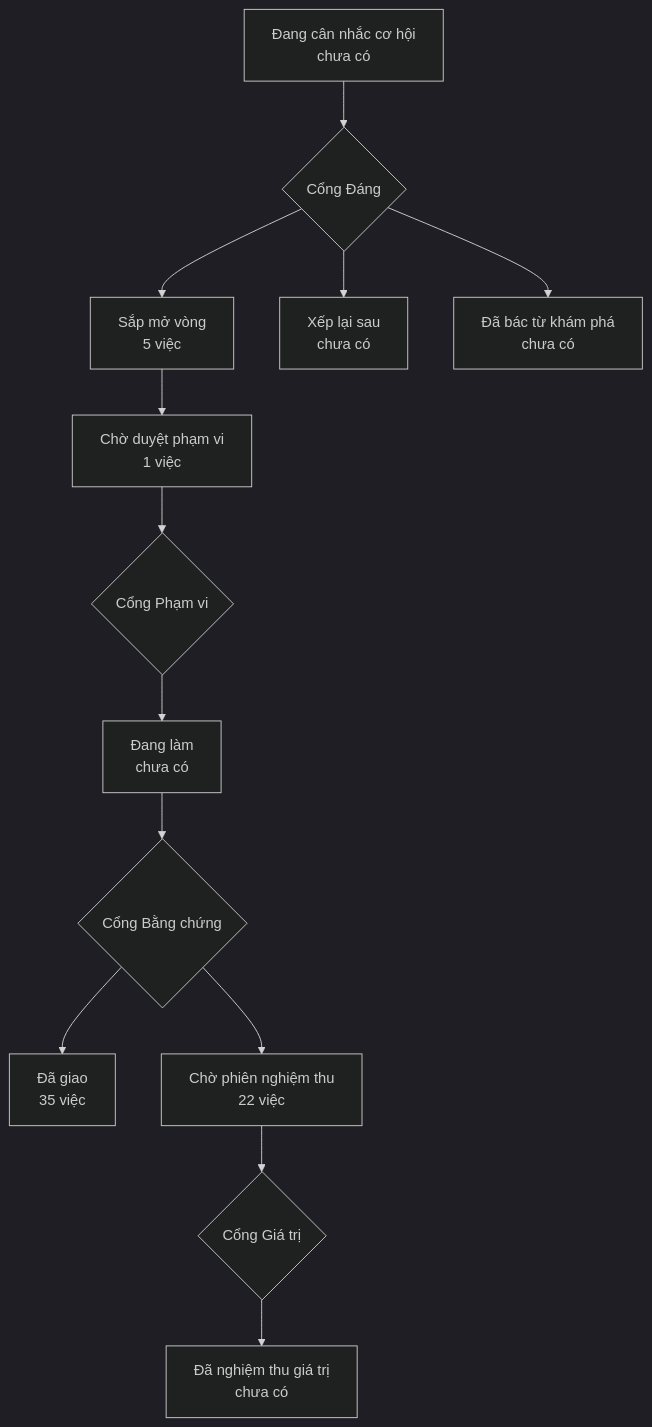
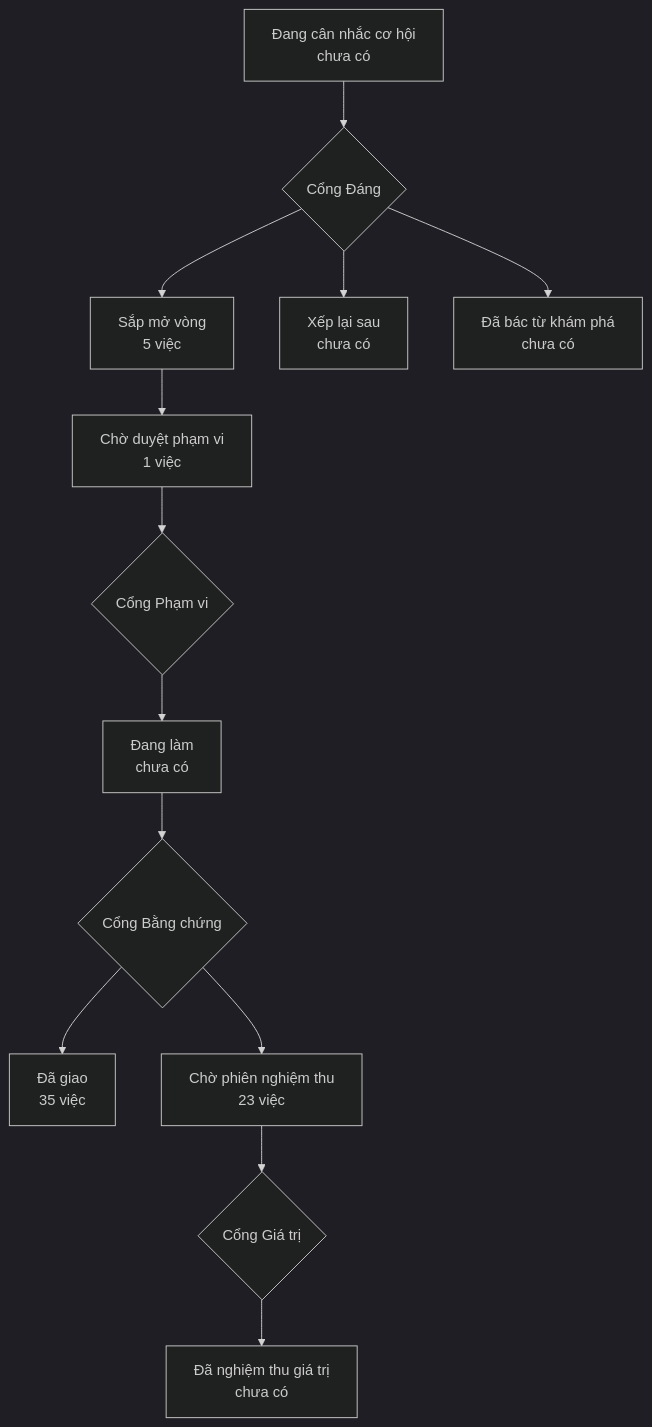
Before and after one commit to phanlemanh/onehub-invest: the diagram in PRODUCT-MAP.md, drawn with Mermaid (dark theme). The commit also changed other lines of this file and 1 other file, not shown here.

Commit message:
chore(lo-trinh): vẽ lại bản đồ sau gộp main (ON10)

````diff
--- a/PRODUCT-MAP.md
+++ b/PRODUCT-MAP.md
@@ -7,12 +7,12 @@
 ```mermaid
 flowchart TD
   A["Đang cân nhắc cơ hội<br/>chưa có"] --> GD{"Cổng Đáng"}
   GD --> B["Sắp mở vòng<br/>5 việc"]
   GD --> XL["Xếp lại sau<br/>chưa có"]
   GD --> DB["Đã bác từ khám phá<br/>chưa có"]
   B --> CD["Chờ duyệt phạm vi<br/>1 việc"] --> GP{"Cổng Phạm vi"}
   GP --> DL["Đang làm<br/>chưa có"] --> GB{"Cổng Bằng chứng"}
   GB --> DG["Đã giao<br/>35 việc"]
-  GB --> CN["Chờ phiên nghiệm thu<br/>22 việc"] --> GG{"Cổng Giá trị"}
+  GB --> CN["Chờ phiên nghiệm thu<br/>23 việc"] --> GG{"Cổng Giá trị"}
   GG --> NT["Đã nghiệm thu giá trị<br/>chưa có"]
 ```
````
